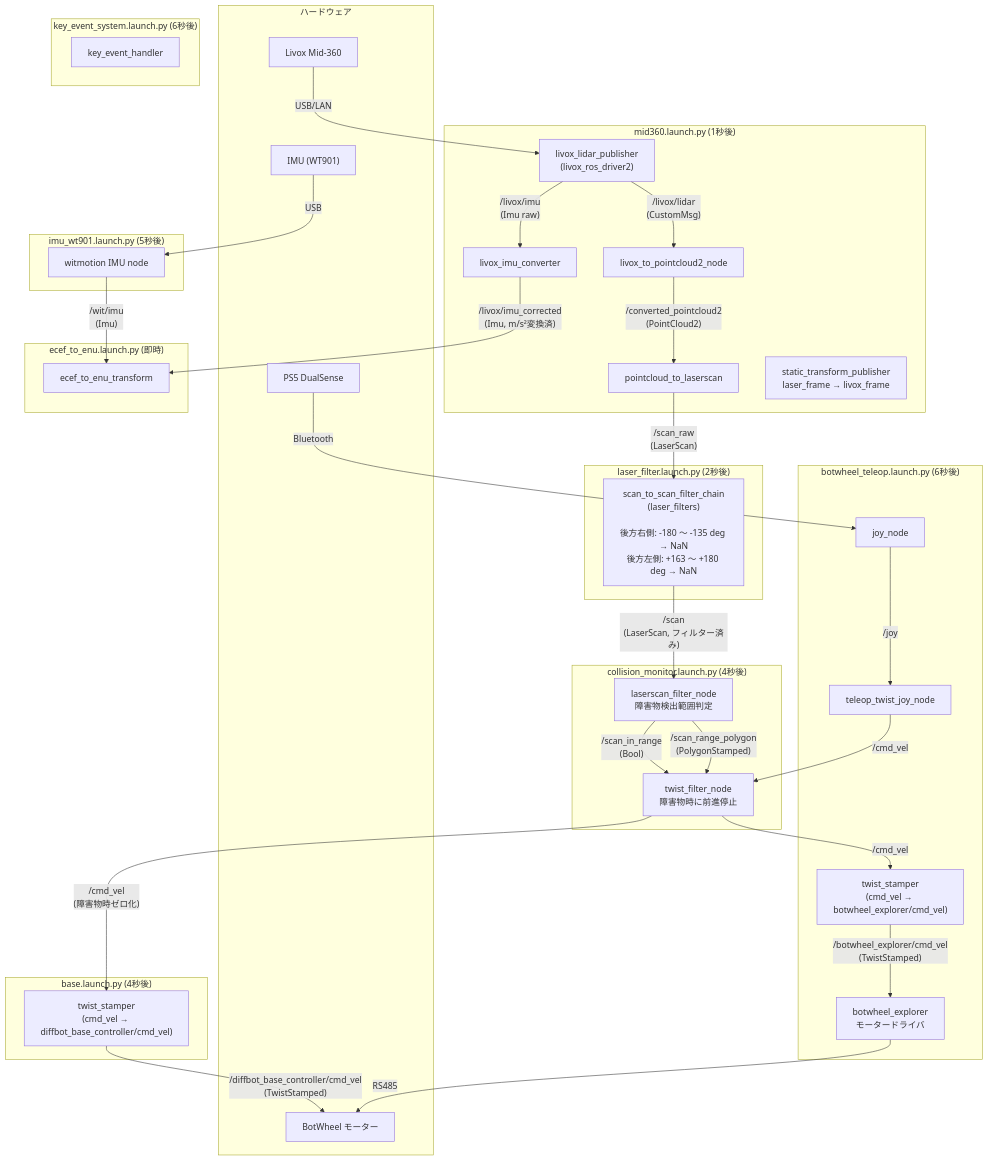
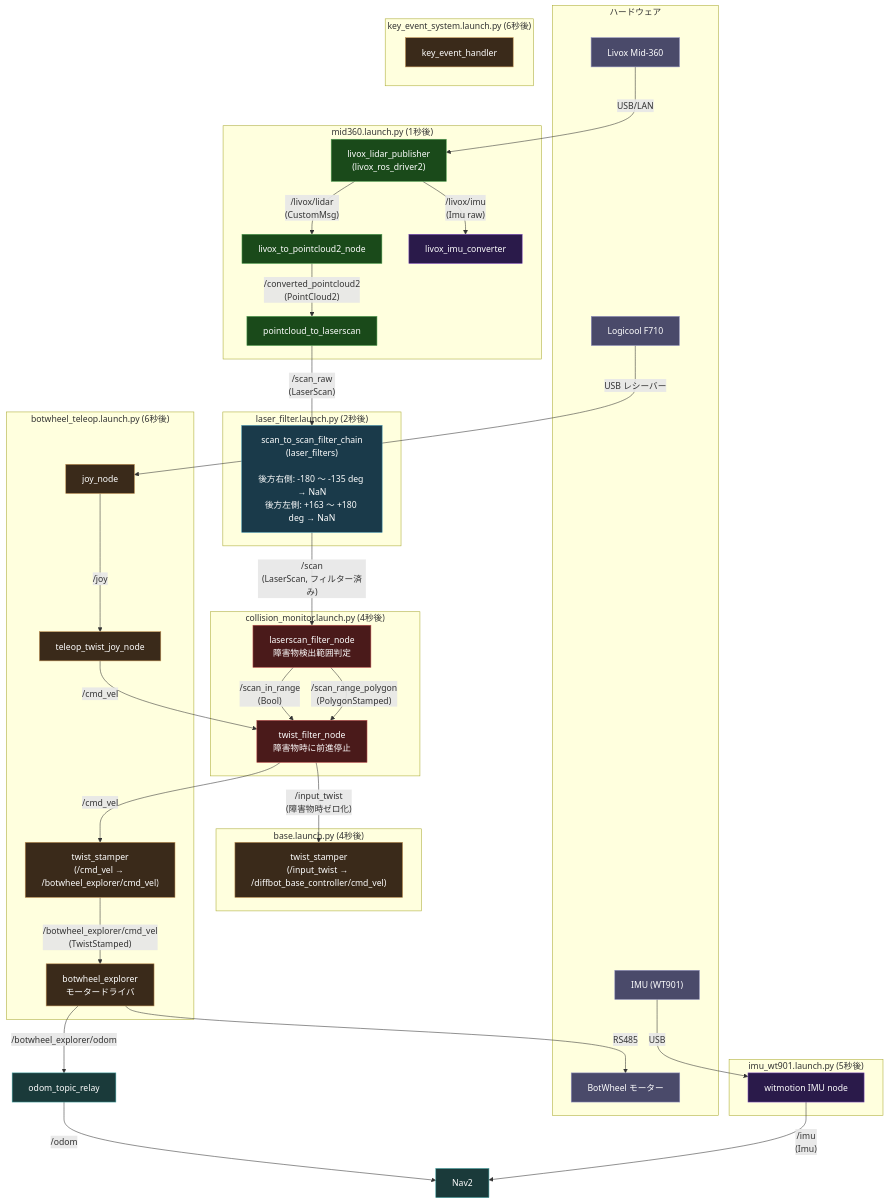
Before and after one commit to sato-susumu/susumu_robo: the first of 2 diagrams in doc/node_topic_graph.md, drawn with Mermaid. The commit also changed other lines of this file and 2 other files, not shown here.

Commit message:
Move ecef_to_enu to outdoor launch and update documentation
- Remove ecef_to_enu from robo_indoor.launch.py (GNSS-only, already in robo.launch.py)
- Fix controller name in CLAUDE.md (PS5 DualSense → Logicool F710, teleop_twist_joy → botwheel_teleop)
- Update node_topic_graph.md: remove ecef_to_enu, fix topic/node connections
  based on actual ros2 node/topic info, add color-coded Mermaid diagram

````diff
--- a/doc/node_topic_graph.md
+++ b/doc/node_topic_graph.md
@@ -7,56 +7,62 @@
 ```mermaid
 flowchart TD
+    classDef hw fill:#4a4a6a,stroke:#9090c0,color:#fff
+    classDef lidar fill:#1a4a1a,stroke:#50a050,color:#fff
+    classDef filter fill:#1a3a4a,stroke:#4090b0,color:#fff
+    classDef safety fill:#4a1a1a,stroke:#c05050,color:#fff
+    classDef drive fill:#3a2a1a,stroke:#c09050,color:#fff
+    classDef imu fill:#2a1a4a,stroke:#8050c0,color:#fff
+    classDef nav fill:#1a3a3a,stroke:#40a0a0,color:#fff
+
     subgraph HW["ハードウェア"]
-        LIDAR["Livox Mid-360"]
-        IMU_HW["IMU (WT901)"]
-        MOTOR_HW["BotWheel モーター"]
-        JOY_HW["PS5 DualSense"]
+        LIDAR["Livox Mid-360"]:::hw
+        IMU_HW["IMU (WT901)"]:::hw
+        MOTOR_HW["BotWheel モーター"]:::hw
+        JOY_HW["Logicool F710"]:::hw
     end
 
     subgraph mid360["mid360.launch.py (1秒後)"]
-        livox_driver["livox_lidar_publisher\n(livox_ros_driver2)"]
-        livox_conv["livox_to_pointcloud2_node"]
-        pc2scan["pointcloud_to_laserscan"]
-        tf_livox["static_transform_publisher\nlaser_frame → livox_frame"]
-        imu_conv["livox_imu_converter"]
+        livox_driver["livox_lidar_publisher\n(livox_ros_driver2)"]:::lidar
+        livox_conv["livox_to_pointcloud2_node"]:::lidar
+        pc2scan["pointcloud_to_laserscan"]:::lidar
+        imu_conv["livox_imu_converter"]:::imu
     end
 
     subgraph laser_filter["laser_filter.launch.py (2秒後)"]
-        lf["scan_to_scan_filter_chain\n(laser_filters)\n\n後方右側: -180 〜 -135 deg → NaN\n後方左側: +163 〜 +180 deg → NaN"]
+        lf["scan_to_scan_filter_chain\n(laser_filters)\n\n後方右側: -180 〜 -135 deg → NaN\n後方左側: +163 〜 +180 deg → NaN"]:::filter
     end
 
     subgraph collision["collision_monitor.launch.py (4秒後)"]
-        lsf["laserscan_filter_node\n障害物検出範囲判定"]
-        twf["twist_filter_node\n障害物時に前進停止"]
+        lsf["laserscan_filter_node\n障害物検出範囲判定"]:::safety
+        twf["twist_filter_node\n障害物時に前進停止"]:::safety
     end
 
     subgraph base["base.launch.py (4秒後)"]
-        ts1["twist_stamper\n(cmd_vel → diffbot_base_controller/cmd_vel)"]
+        ts1["twist_stamper\n(/input_twist → /diffbot_base_controller/cmd_vel)"]:::drive
     end
 
     subgraph botwheel["botwheel_teleop.launch.py (6秒後)"]
-        joy["joy_node"]
-        teleop["teleop_twist_joy_node"]
-        ts2["twist_stamper\n(cmd_vel → botwheel_explorer/cmd_vel)"]
-        botwheel_ctrl["botwheel_explorer\nモータードライバ"]
+        joy["joy_node"]:::drive
+        teleop["teleop_twist_joy_node"]:::drive
+        ts2["twist_stamper\n(/cmd_vel → /botwheel_explorer/cmd_vel)"]:::drive
+        botwheel_ctrl["botwheel_explorer\nモータードライバ"]:::drive
     end
 
     subgraph imu["imu_wt901.launch.py (5秒後)"]
-        imu_node["witmotion IMU node"]
+        imu_node["witmotion IMU node"]:::imu
     end
 
     subgraph key["key_event_system.launch.py (6秒後)"]
-        key_node["key_event_handler"]
+        key_node["key_event_handler"]:::drive
     end
 
-    subgraph ecef["ecef_to_enu.launch.py (即時)"]
-        ecef_node["ecef_to_enu_transform"]
-    end
+    nav2["Nav2"]:::nav
+    odom_relay["odom_topic_relay"]:::nav
 
     %% ハードウェア接続
     LIDAR -->|"USB/LAN"| livox_driver
     IMU_HW -->|"USB"| imu_node
-    JOY_HW -->|"Bluetooth"| joy
+    JOY_HW -->|"USB レシーバー"| joy
 
     %% LiDAR パイプライン
     livox_driver -->|"/livox/lidar\n(CustomMsg)"| livox_conv
@@ -69,19 +75,20 @@
     lsf -->|"/scan_range_polygon\n(PolygonStamped)"| twf
 
     %% コマンド速度フロー
+    joy -->|"/joy"| teleop
     teleop -->|"/cmd_vel"| twf
-    twf -->|"/cmd_vel\n(障害物時ゼロ化)"| ts1
+    twf -->|"/input_twist\n(障害物時ゼロ化)"| ts1
     twf -->|"/cmd_vel"| ts2
 
     %% モーター制御
-    ts1 -->|"/diffbot_base_controller/cmd_vel\n(TwistStamped)"| MOTOR_HW
     ts2 -->|"/botwheel_explorer/cmd_vel\n(TwistStamped)"| botwheel_ctrl
     botwheel_ctrl -->|"RS485"| MOTOR_HW
 
-    joy -->|"/joy"| teleop
+    %% オドメトリ
+    botwheel_ctrl -->|"/botwheel_explorer/odom"| odom_relay
+    odom_relay -->|"/odom"| nav2
 
     %% IMU
-    imu_node -->|"/wit/imu\n(Imu)"| ecef_node
+    imu_node -->|"/imu\n(Imu)"| nav2
     livox_driver -->|"/livox/imu\n(Imu raw)"| imu_conv
-    imu_conv -->|"/livox/imu_corrected\n(Imu, m/s²変換済)"| ecef_node
 ```
````
